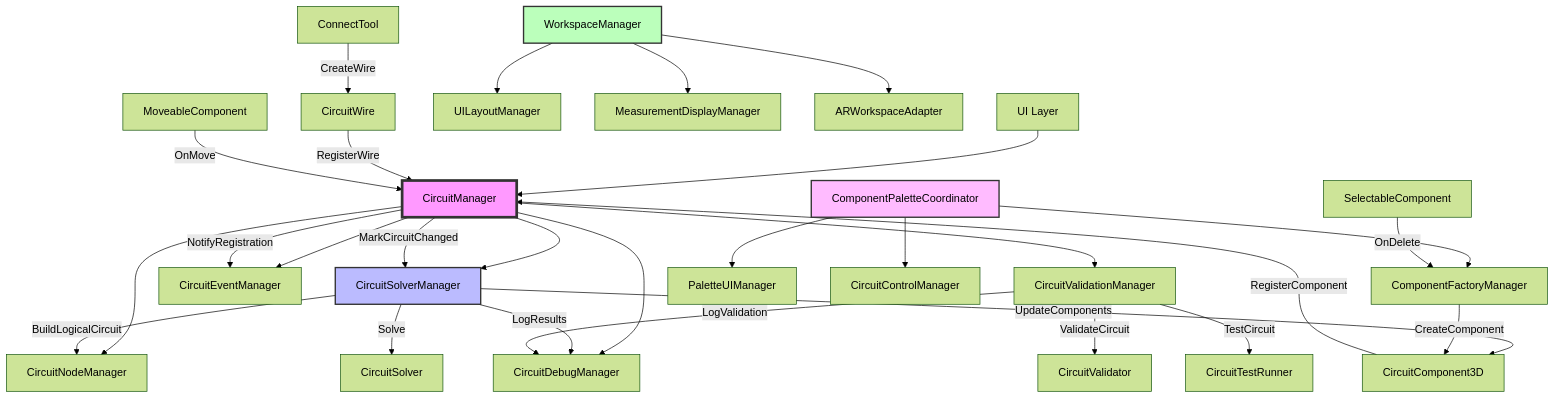
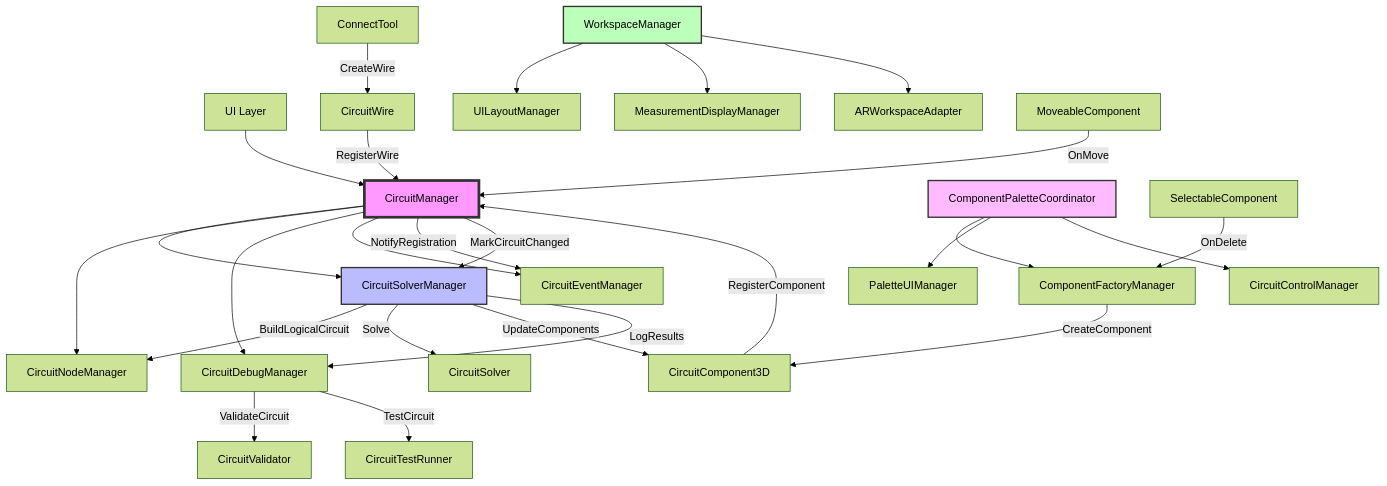
The first of 2 diagrams in CircuitSimulator_SourceCode/CircuitSimulator/Assets/Scripts/DEPENDENCY.md (anbanm/CircuitSimulator), drawn with Mermaid (forest theme) before and after one commit. The commit also changed other lines of this file and 8 other files, not shown here.

````diff
--- a/CircuitSimulator_SourceCode/CircuitSimulator/Assets/Scripts/DEPENDENCY.md
+++ b/CircuitSimulator_SourceCode/CircuitSimulator/Assets/Scripts/DEPENDENCY.md
@@ -5,50 +5,48 @@
 ```mermaid
 graph TD
     %% User Entry Points
     UI[UI Layer] --> CM[CircuitManager]
     
     %% CircuitManager as Central Hub
     CM --> CSM[CircuitSolverManager]
     CM --> CNM[CircuitNodeManager]
     CM --> CDM[CircuitDebugManager]
     CM --> CEM[CircuitEventManager]
-    CM --> CVM[CircuitValidationManager]
     
     %% Component Registration Flow
     C3D[CircuitComponent3D] -->|RegisterComponent| CM
     CW[CircuitWire] -->|RegisterWire| CM
     CM -->|NotifyRegistration| CEM
     CM -->|MarkCircuitChanged| CSM
     
     %% Solving Flow
     CSM -->|BuildLogicalCircuit| CNM
     CSM -->|Solve| CS[CircuitSolver]
     CSM -->|UpdateComponents| C3D
     CSM -->|LogResults| CDM
     
-    %% Validation Flow
-    CVM -->|ValidateCircuit| CV[CircuitValidator]
-    CVM -->|TestCircuit| CTR[CircuitTestRunner]
-    CVM -->|LogValidation| CDM
+    %% Core Validation Flow (integrated in Debug)
+    CDM -->|ValidateCircuit| CV[CircuitValidator]
+    CDM -->|TestCircuit| CTR[CircuitTestRunner]
     
     %% Workspace Management
     WM[WorkspaceManager] --> UIL[UILayoutManager]
     WM --> MDM[MeasurementDisplayManager]
     WM --> AWA[ARWorkspaceAdapter]
     
     %% Component Creation
     CPC[ComponentPaletteCoordinator] --> CFM[ComponentFactoryManager]
     CPC --> PUM[PaletteUIManager]
     CPC --> CCM[CircuitControlManager]
     CFM -->|CreateComponent| C3D
     
     %% User Interactions
     MC[MoveableComponent] -->|OnMove| CM
     SC[SelectableComponent] -->|OnDelete| CFM
     CT[ConnectTool] -->|CreateWire| CW
     
     style CM fill:#f9f,stroke:#333,stroke-width:4px
     style CSM fill:#bbf,stroke:#333,stroke-width:2px
     style WM fill:#bfb,stroke:#333,stroke-width:2px
     style CPC fill:#fbf,stroke:#333,stroke-width:2px
 ```
````
